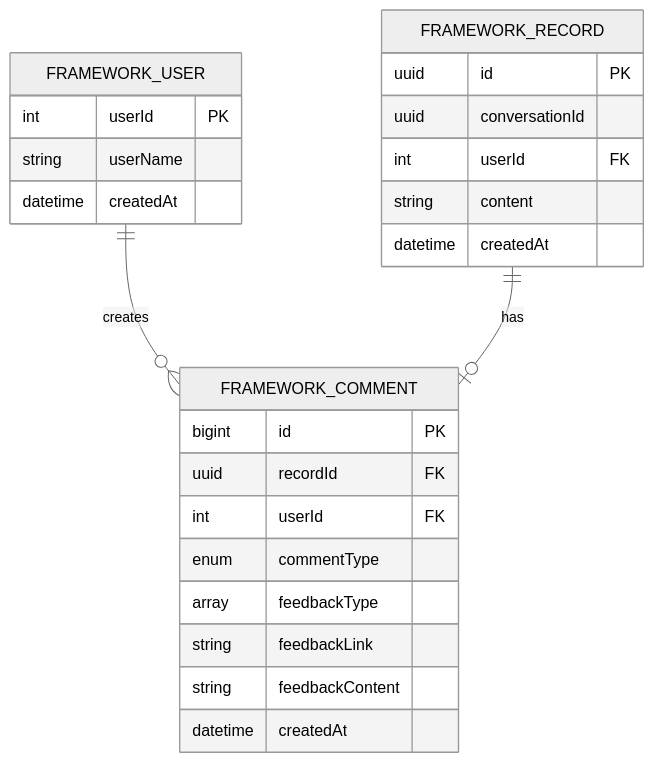
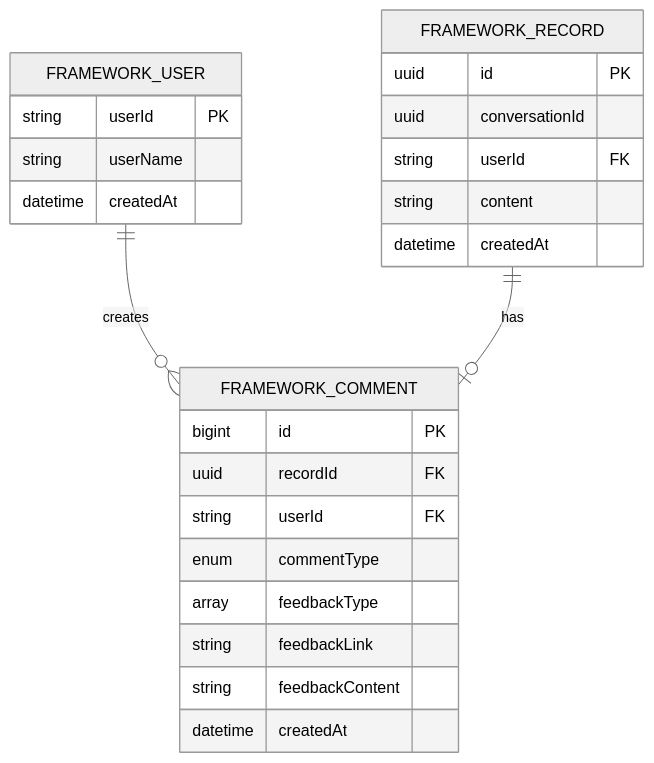
Diagram 11 of 11 in design/services/comment.md (openeuler-mirror/euler-copilot-framework), drawn with Mermaid (neutral theme) before and after one commit. The commit also changed other lines of this file and 18 other files, not shown here.

````diff
--- a/design/services/comment.md
+++ b/design/services/comment.md
@@ -354,30 +354,30 @@
 ```mermaid
 erDiagram
     FRAMEWORK_USER ||--o{ FRAMEWORK_COMMENT : creates
     FRAMEWORK_RECORD ||--o| FRAMEWORK_COMMENT : has
 
     FRAMEWORK_USER {
-        int userId PK
+        string userId PK
         string userName
         datetime createdAt
     }
 
     FRAMEWORK_RECORD {
         uuid id PK
         uuid conversationId
-        int userId FK
+        string userId FK
         string content
         datetime createdAt
     }
 
     FRAMEWORK_COMMENT {
         bigint id PK
         uuid recordId FK
-        int userId FK
+        string userId FK
         enum commentType
         array feedbackType
         string feedbackLink
         string feedbackContent
         datetime createdAt
     }
 ```
````
